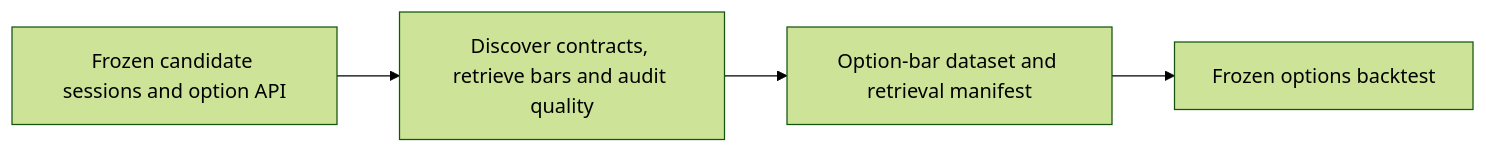
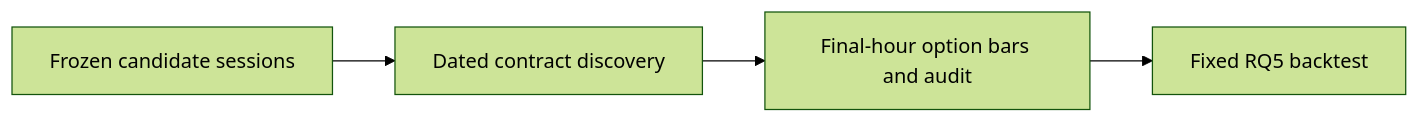
Before and after one commit to Ferreter/Dissertation: the diagram in docs/notebooks/14_rq5_options_data_retrieval.md, drawn with Mermaid (forest theme). The commit also changed other lines of this file and 27 other files, not shown here.

````diff
--- a/docs/notebooks/14_rq5_options_data_retrieval.md
+++ b/docs/notebooks/14_rq5_options_data_retrieval.md
@@ -12,6 +13,6 @@
 ```mermaid
 flowchart LR
-    A["Frozen candidate sessions and option API"] --> B["Discover contracts, retrieve bars and audit quality"]
-    B --> C["Option-bar dataset and retrieval manifest"]
-    C --> D["Frozen options backtest"]
+    A["Frozen candidate sessions"] --> B["Dated contract discovery"]
+    B --> C["Final-hour option bars and audit"]
+    C --> D["Fixed RQ5 backtest"]
 ```
````
